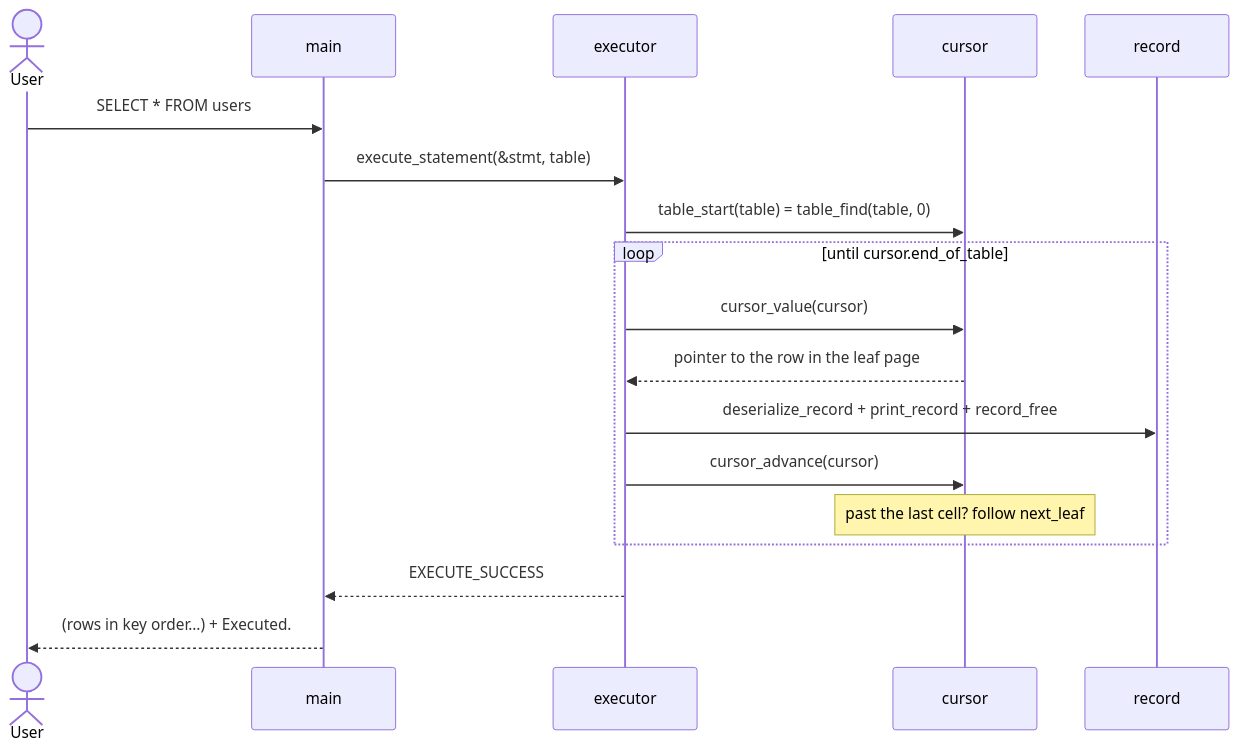
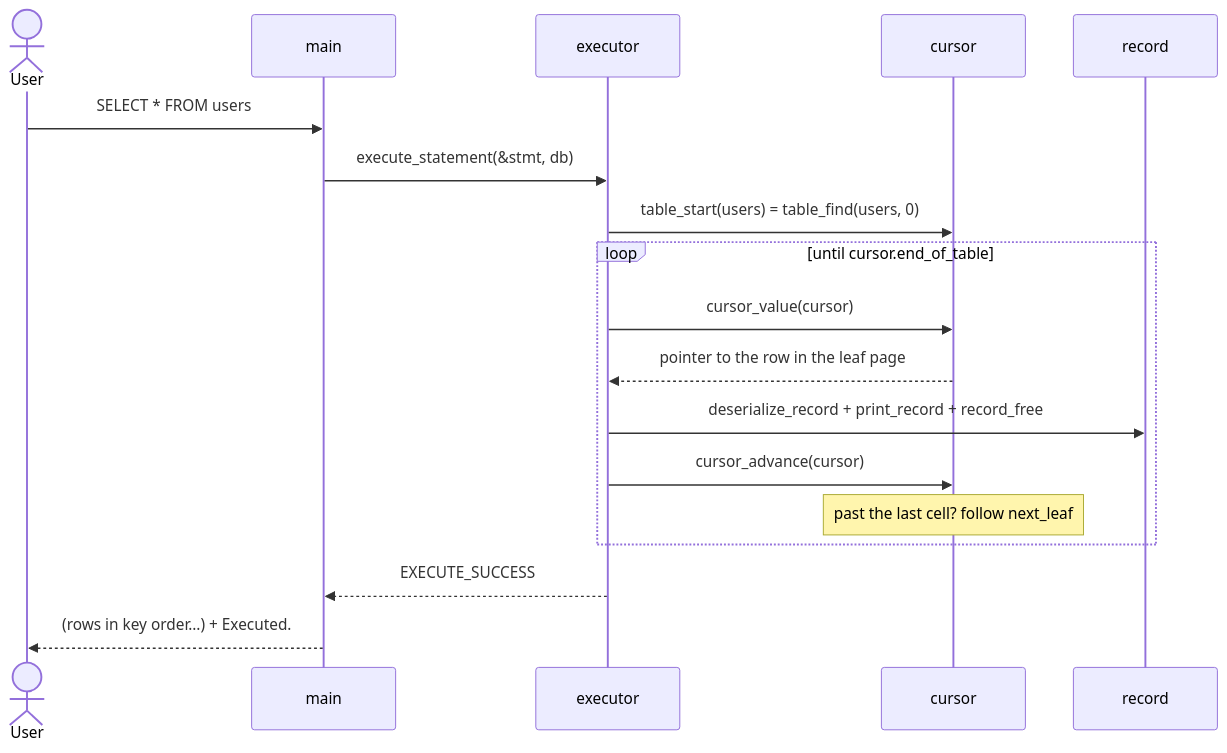
One commit to Rohitangshu2026/mini-sql changed diagram 15 of 21 in README.md. Above: the diagram before and after it, drawn with Mermaid. The commit also changed other lines of this file, not shown here.

First line of the commit message:
docs: describe the catalog and CREATE TABLE in the README

````diff
--- a/README.md
+++ b/README.md
@@ -761,21 +891,21 @@
 ```mermaid
 sequenceDiagram
     actor U as User
     participant M as main
     participant E as executor
     participant C as cursor
     participant R as record
 
     U->>M: SELECT * FROM users;
-    M->>E: execute_statement(&stmt, table)
-    E->>C: table_start(table) = table_find(table, 0)
+    M->>E: execute_statement(&stmt, db)
+    E->>C: table_start(users) = table_find(users, 0)
     loop until cursor.end_of_table
         E->>C: cursor_value(cursor)
         C-->>E: pointer to the row in the leaf page
         E->>R: deserialize_record + print_record + record_free
         E->>C: cursor_advance(cursor)
         Note over C: past the last cell? follow next_leaf
     end
     E-->>M: EXECUTE_SUCCESS
     M-->>U: (rows in key order…) + Executed.
 ```
````
